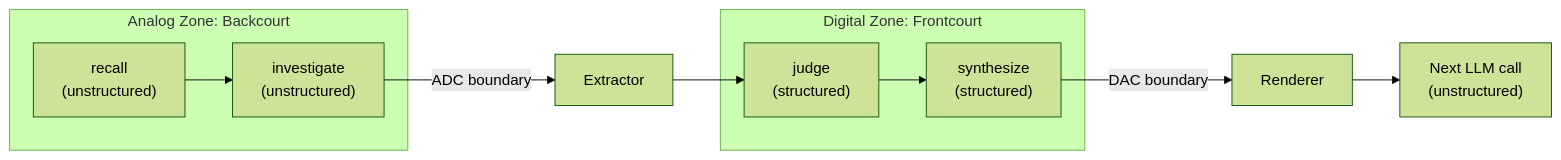
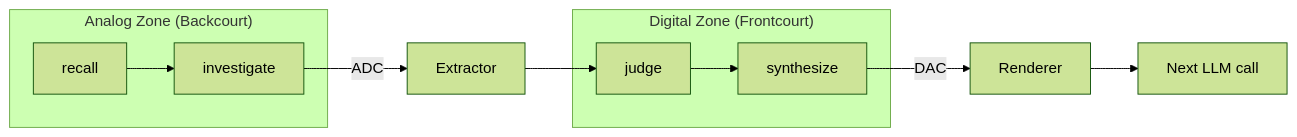
The ninth of 12 diagrams in .cursor/docs/case-studies/electronic-circuit-theory.md (dpopsuev/origami), drawn with Mermaid (forest theme) before and after one commit. The commit also changed other lines of this file, not shown here.

First line of the commit message:
fix(case-studies): clean up mermaid diagram labels and spacing

````diff
--- a/.cursor/docs/case-studies/electronic-circuit-theory.md
+++ b/.cursor/docs/case-studies/electronic-circuit-theory.md
@@ -309,16 +303,16 @@
 ```mermaid
 flowchart LR
-    subgraph analogZone ["Analog Zone: Backcourt"]
-        recall["recall\n(unstructured)"] --> investigate["investigate\n(unstructured)"]
+    subgraph analogZone ["Analog Zone (Backcourt)"]
+        recall["recall"] --> investigate["investigate"]
     end
 
-    investigate -->|"ADC boundary"| ext["Extractor"]
+    investigate -->|"ADC"| ext["Extractor"]
     ext --> judge
 
-    subgraph digitalZone ["Digital Zone: Frontcourt"]
-        judge["judge\n(structured)"] --> synthesize["synthesize\n(structured)"]
+    subgraph digitalZone ["Digital Zone (Frontcourt)"]
+        judge["judge"] --> synthesize["synthesize"]
     end
 
-    synthesize -->|"DAC boundary"| rend["Renderer"]
-    rend --> nextLLM["Next LLM call\n(unstructured)"]
+    synthesize -->|"DAC"| rend["Renderer"]
+    rend --> nextLLM["Next LLM call"]
 ```
````
